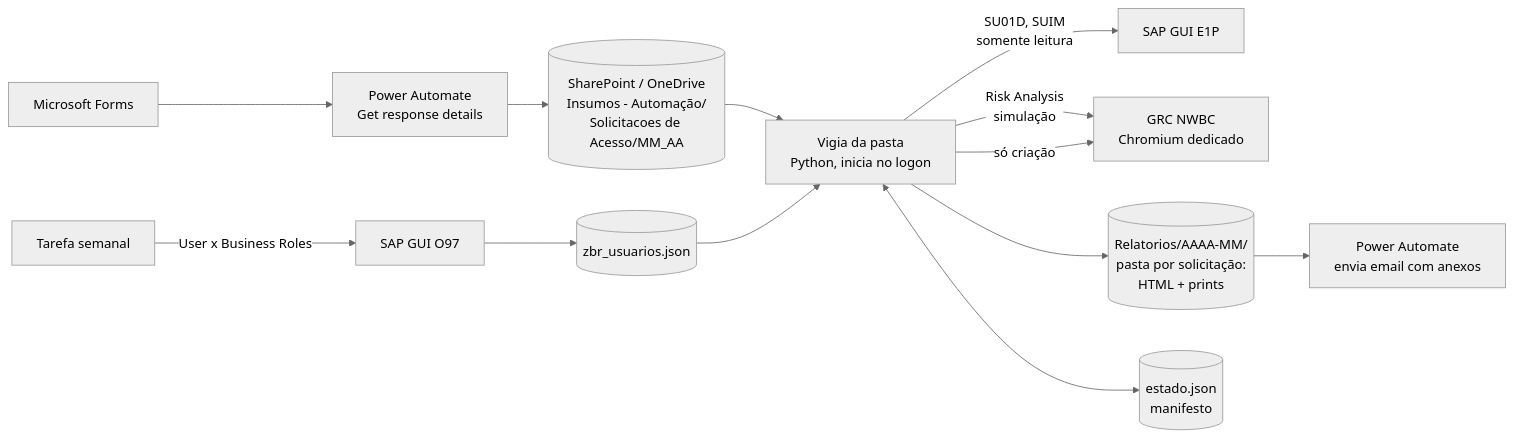
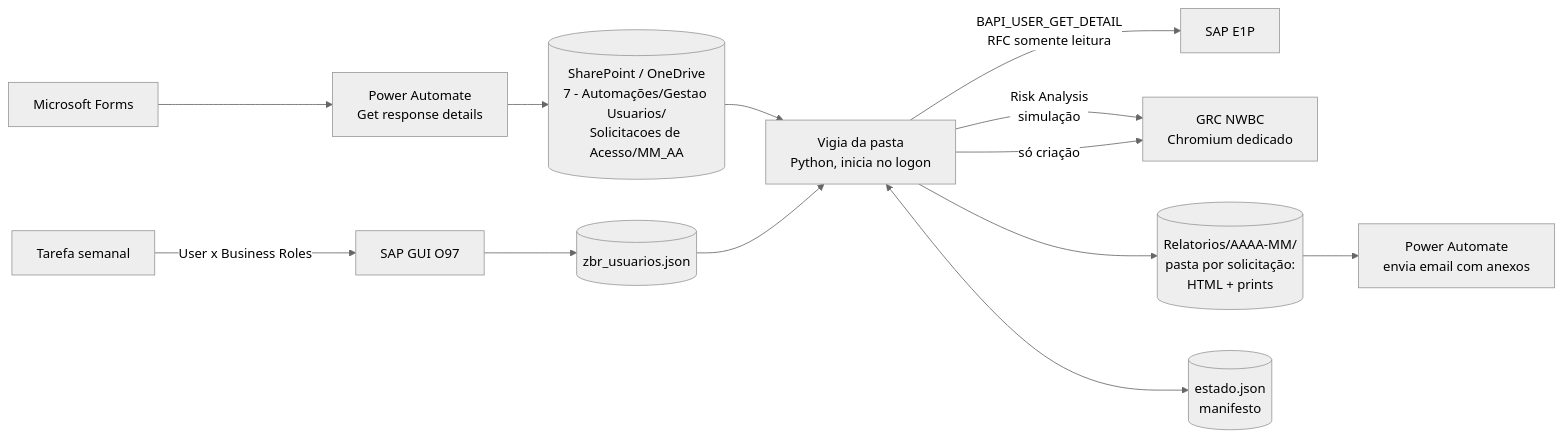
One commit to gabrielperrota03/User-management-forms changed the diagram in docs/ARQUITETURA.md. Above: the diagram before and after it, drawn with Mermaid (neutral theme). The commit also changed other lines of this file and 10 other files, not shown here.

First line of the commit message:
RFC somente leitura: leitura do usuário da criação sem SAP GUI e índice de roles pela AGR_1251

````diff
--- a/docs/ARQUITETURA.md
+++ b/docs/ARQUITETURA.md
@@ -58,15 +58,15 @@
 ```mermaid
 flowchart LR
     A[Microsoft Forms] --> B[Power Automate<br/>Get response details]
-    B --> C[(SharePoint / OneDrive<br/>Insumos - Automação/<br/>Solicitacoes de Acesso/MM_AA)]
+    B --> C[(SharePoint / OneDrive<br/>7 - Automações/Gestao Usuarios/<br/>Solicitacoes de Acesso/MM_AA)]
     C --> D[Vigia da pasta<br/>Python, inicia no logon]
-    D -->|SU01D, SUIM<br/>somente leitura| E[SAP GUI E1P]
+    D -->|BAPI_USER_GET_DETAIL<br/>RFC somente leitura| E[SAP E1P]
     D -->|Risk Analysis<br/>simulação| F[GRC NWBC<br/>Chromium dedicado]
     D -->|só criação| F
     G[Tarefa semanal] -->|User x Business Roles| H[SAP GUI O97]
     H --> I[(zbr_usuarios.json)]
     I --> D
     D --> J[(Relatorios/AAAA-MM/<br/>pasta por solicitação:<br/>HTML + prints)]
     J --> K[Power Automate<br/>envia email com anexos]
     D <--> L[(estado.json<br/>manifesto)]
 ```
````
